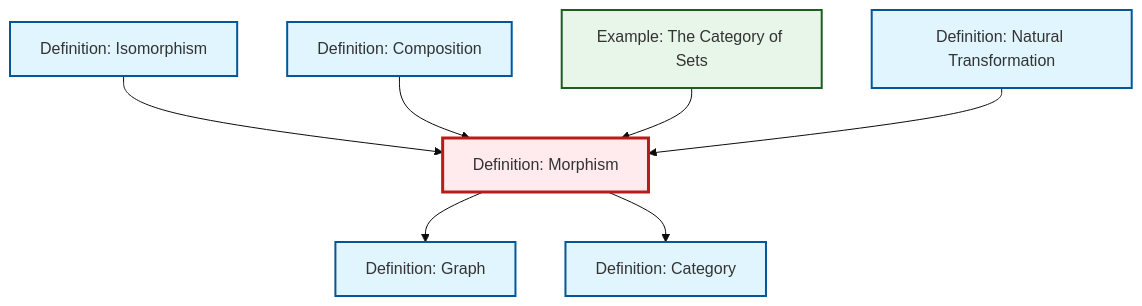
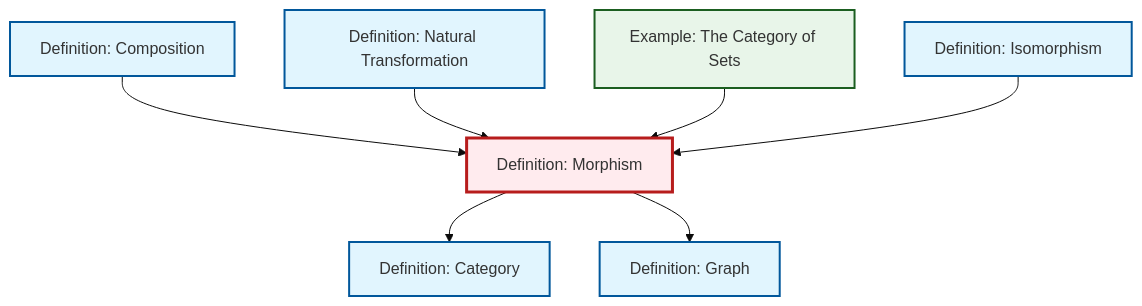
The diagram in output/mermaid/def-morphism.mermaid (RK0429/ModernMath), drawn with Mermaid (base theme) before and after one commit. The commit also changed other lines of this file and 1353 other files, not shown here.

```diff
--- a/output/mermaid/def-morphism.mermaid
+++ b/output/mermaid/def-morphism.mermaid
@@ -1,21 +1,21 @@
 %%| fig-cap: "Local dependency graph"
 graph TD
     classDef definition fill:#e1f5fe,stroke:#01579b,stroke-width:2px
     classDef theorem fill:#f3e5f5,stroke:#4a148c,stroke-width:2px
     classDef axiom fill:#fff3e0,stroke:#e65100,stroke-width:2px
     classDef example fill:#e8f5e9,stroke:#1b5e20,stroke-width:2px
     classDef current fill:#ffebee,stroke:#b71c1c,stroke-width:3px
+    def-category["Definition: Category"]:::definition
+    def-composition["Definition: Composition"]:::definition
+    def-isomorphism["Definition: Isomorphism"]:::definition
     def-graph["Definition: Graph"]:::definition
-    def-composition["Definition: Composition"]:::definition
+    ex-set-category["Example: The Category of Sets"]:::example
+    def-natural-transformation["Definition: Natural Transformation"]:::definition
     def-morphism["Definition: Morphism"]:::definition
-    def-isomorphism["Definition: Isomorphism"]:::definition
-    def-category["Definition: Category"]:::definition
-    def-natural-transformation["Definition: Natural Transformation"]:::definition
-    ex-set-category["Example: The Category of Sets"]:::example
+    def-morphism --> def-category
+    def-composition --> def-morphism
+    def-natural-transformation --> def-morphism
+    ex-set-category --> def-morphism
+    def-morphism --> def-graph
     def-isomorphism --> def-morphism
-    def-composition --> def-morphism
-    ex-set-category --> def-morphism
-    def-natural-transformation --> def-morphism
-    def-morphism --> def-graph
-    def-morphism --> def-category
     class def-morphism current
```
